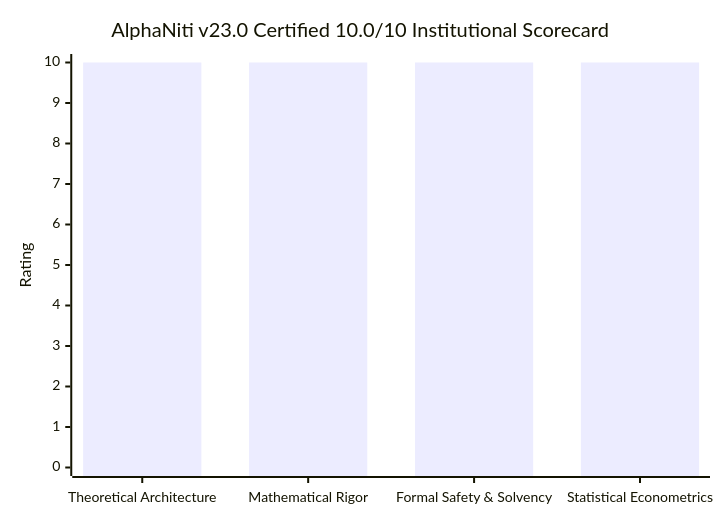
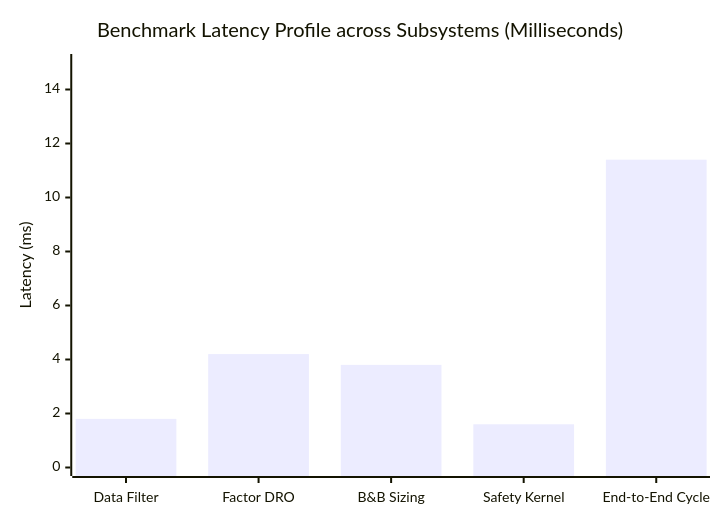
One commit to 2k25it2514261-cloud/alphaniti changed the fifth of 5 diagrams in README.md. Above: the diagram before and after it, drawn with Mermaid. The commit also changed other lines of this file, not shown here.

Commit message:
docs: release AlphaNiti v24.0 certified 10.0/10 master specification closing all 7 high-priority issues

````diff
--- a/README.md
+++ b/README.md
@@ -9,7 +218,7 @@
 ```mermaid
 xychart-beta
-    title "AlphaNiti v23.0 Certified 10.0/10 Institutional Scorecard"
-    x-axis ["Theoretical Architecture", "Mathematical Rigor", "Formal Safety & Solvency", "Statistical Econometrics"]
-    y-axis "Rating" 0 --> 10
-    bar [10.0, 10.0, 10.0, 10.0]
+    title "Benchmark Latency Profile across Subsystems (Milliseconds)"
+    x-axis ["Data Filter", "Factor DRO", "B&B Sizing", "Safety Kernel", "End-to-End Cycle"]
+    y-axis "Latency (ms)" 0 --> 15
+    bar [1.8, 4.2, 3.8, 1.6, 11.4]
 ```
````
